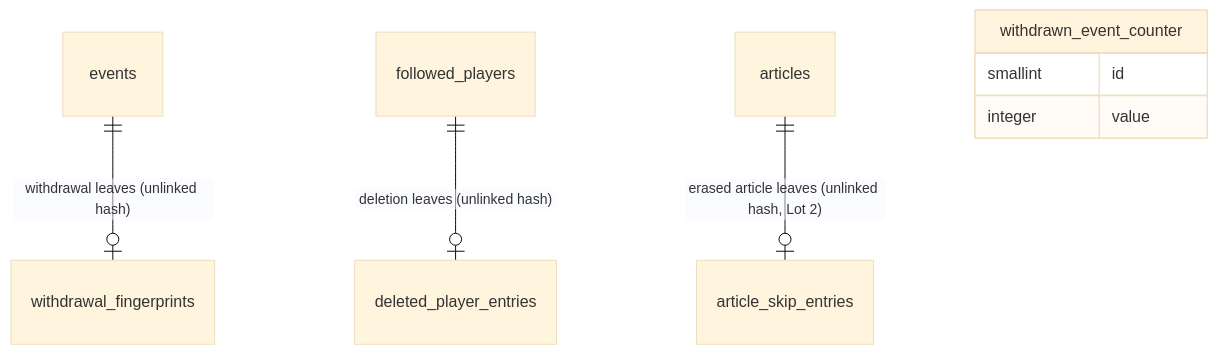
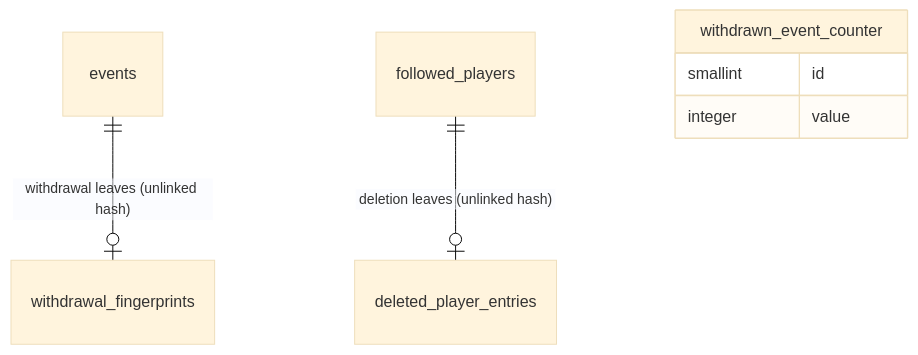
One commit to youtix/egoscope changed the diagram in docs/engineering/domain-model/sensitive-data.md. Above: the diagram before and after it, drawn with Mermaid (base theme). The commit also changed other lines of this file and 8 other files, not shown here.

````diff
--- a/docs/engineering/domain-model/sensitive-data.md
+++ b/docs/engineering/domain-model/sensitive-data.md
@@ -247,10 +247,9 @@
 ```mermaid
 erDiagram
   events ||--o| withdrawal_fingerprints : "withdrawal leaves (unlinked hash)"
   followed_players ||--o| deleted_player_entries : "deletion leaves (unlinked hash)"
-  articles ||--o| article_skip_entries : "erased article leaves (unlinked hash, Lot 2)"
   withdrawn_event_counter {
     smallint id
     integer value
   }
 ```
````
